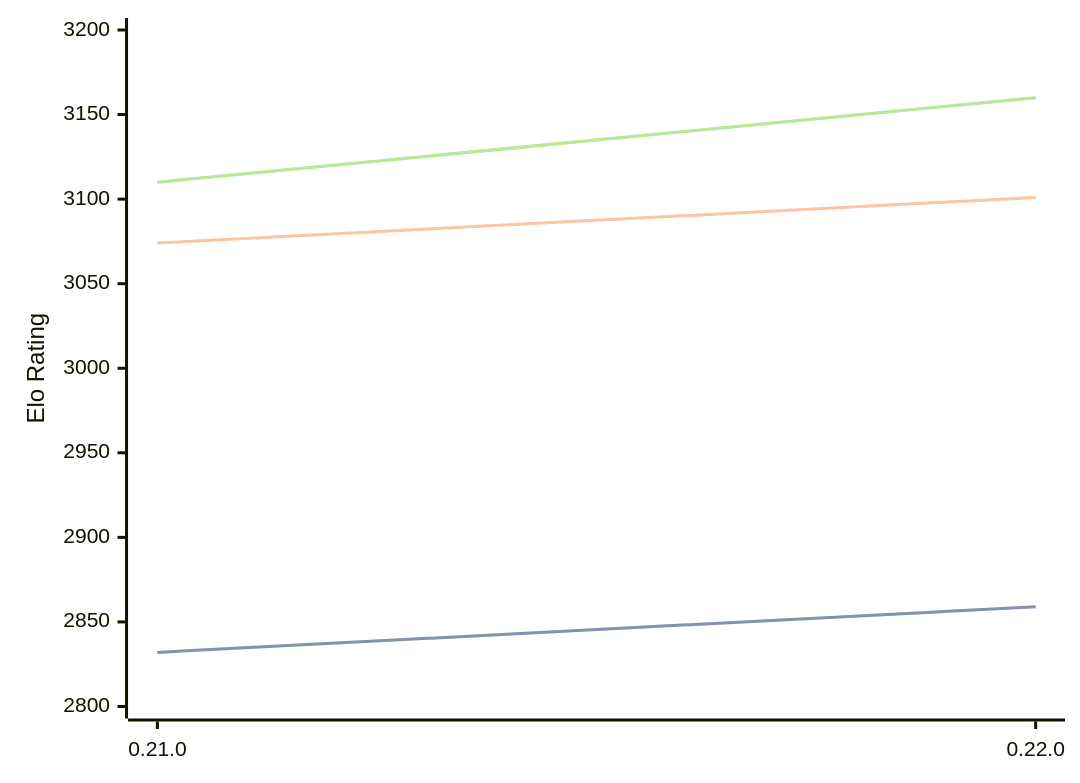
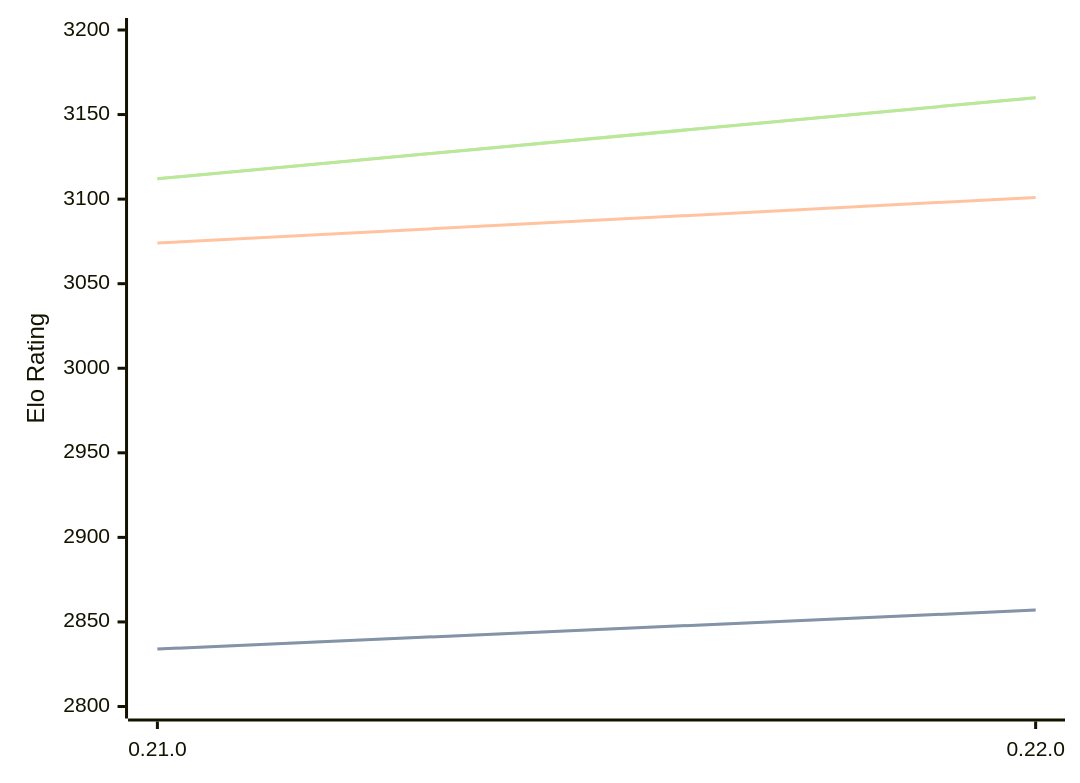
Before and after one commit to computer-chess-index/cci: the diagram in engines/Princhess.md, drawn with Mermaid. The commit also changed other lines of this file, not shown here.

Commit message:
Update CCI Ratings (ELO VLTC) - 2026-08-24

````diff
--- a/engines/Princhess.md
+++ b/engines/Princhess.md
@@ -32,11 +32,11 @@
 ```mermaid
 %%{init: {"theme":"base","themeVariables":{"seriesColors:['#a3a3a3','#222221','#faa371']}}}%%
 xychart-beta
   x-axis ["0.21.0", "0.22.0"]
   y-axis "Elo Rating" 2800 --> 3200
-  line "STC (8.0+0.08s)" [2832, 2859]
-  line "STC (8.0+0.08s)" [2832, 2859]
+  line "STC (8.0+0.08s)" [2834, 2857]
+  line "STC (8.0+0.08s)" [2834, 2857]
   line "LTC (60.0+0.60s)" [3074, 3101]
-  line "VLTC (2m24s+1.12s)" [3110, 3160]
-  line "VLTC (2m24s+1.12s)" [3110, 3160]
+  line "VLTC (2m24s+1.12s)" [3112, 3160]
+  line "VLTC (2m24s+1.12s)" [3112, 3160]
 ```
````
